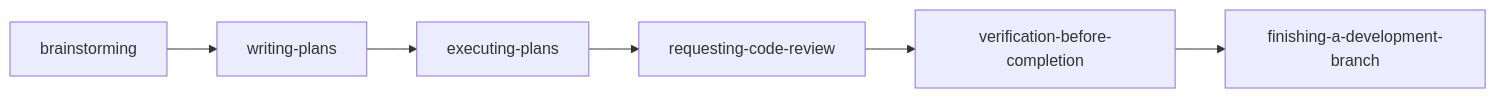
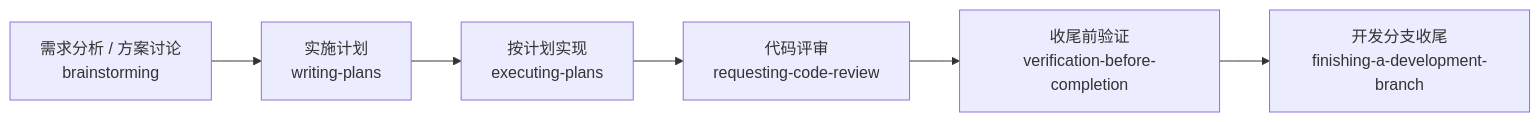
Before and after one commit to squallopen/superpowers-zh-adapters: the diagram in docs/cline-zh-prompts.md, drawn with Mermaid. The commit also changed other lines of this file and 13 other files, not shown here.

Commit message:
Polish docs and add static README flow chart

````diff
--- a/docs/cline-zh-prompts.md
+++ b/docs/cline-zh-prompts.md
@@ -48,8 +62,8 @@
 ```mermaid
 flowchart LR
-    A["brainstorming"] --> B["writing-plans"]
-    B --> C["executing-plans"]
-    C --> D["requesting-code-review"]
-    D --> E["verification-before-completion"]
-    E --> F["finishing-a-development-branch"]
+    A["需求分析 / 方案讨论<br/>brainstorming"] --> B["实施计划<br/>writing-plans"]
+    B --> C["按计划实现<br/>executing-plans"]
+    C --> D["代码评审<br/>requesting-code-review"]
+    D --> E["收尾前验证<br/>verification-before-completion"]
+    E --> F["开发分支收尾<br/>finishing-a-development-branch"]
 ```
````
